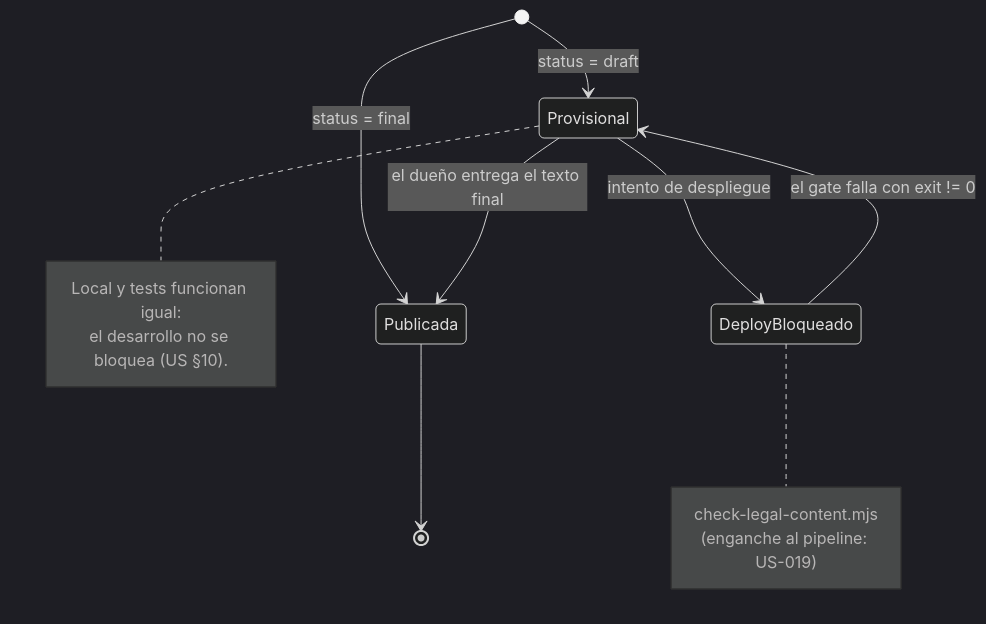
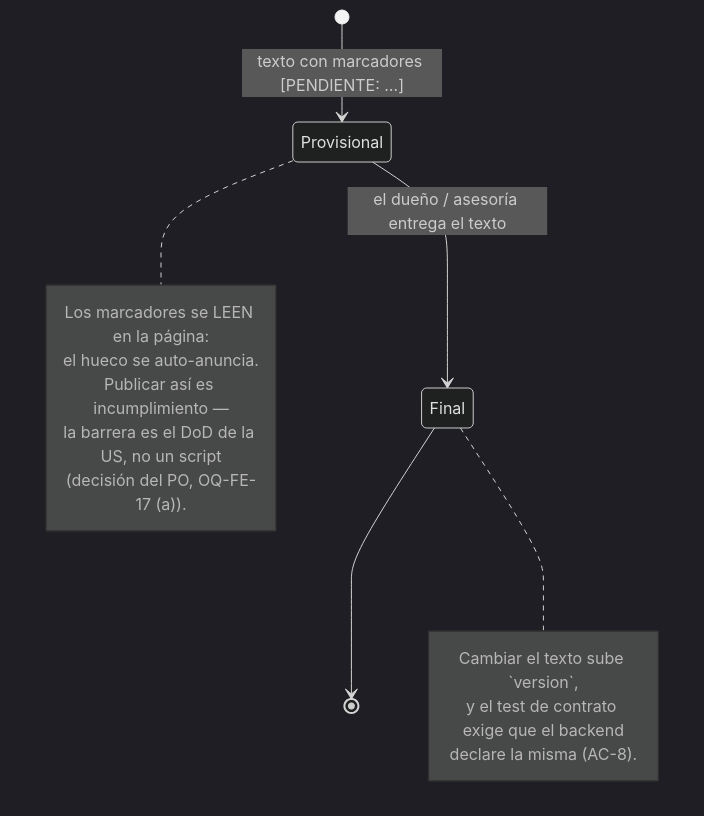
The diagram in openspec/changes/US-017-paginas-legales-consentimiento-frontend-web/design.md (gabogosp/AI4Devs-finalproject), drawn with Mermaid (dark theme) before and after one commit. The commit also changed other lines of this file and 3 other files, not shown here.

````diff
--- a/openspec/changes/US-017-paginas-legales-consentimiento-frontend-web/design.md
+++ b/openspec/changes/US-017-paginas-legales-consentimiento-frontend-web/design.md
@@ -205,17 +233,18 @@
 ```mermaid
 stateDiagram-v2
-    [*] --> Publicada: status = final
-    [*] --> Provisional: status = draft
-    Provisional --> Publicada: el dueño entrega el texto final
-    Provisional --> DeployBloqueado: intento de despliegue
-    DeployBloqueado --> Provisional: el gate falla con exit != 0
-    Publicada --> [*]
+    [*] --> Provisional: texto con marcadores [PENDIENTE: …]
+    Provisional --> Final: el dueño / asesoría entrega el texto
+    Final --> [*]
     note right of Provisional
-        Local y tests funcionan igual:
-        el desarrollo no se bloquea (US §10).
+        Los marcadores se LEEN en la página:
+        el hueco se auto-anuncia.
+        Publicar así es incumplimiento —
+        la barrera es el DoD de la US, no un script
+        (decisión del PO, OQ-FE-17 (a)).
     end note
-    note right of DeployBloqueado
-        check-legal-content.mjs
-        (enganche al pipeline: US-019)
+    note right of Final
+        Cambiar el texto sube `version`,
+        y el test de contrato exige que el backend
+        declare la misma (AC-8).
     end note
 ```
````
